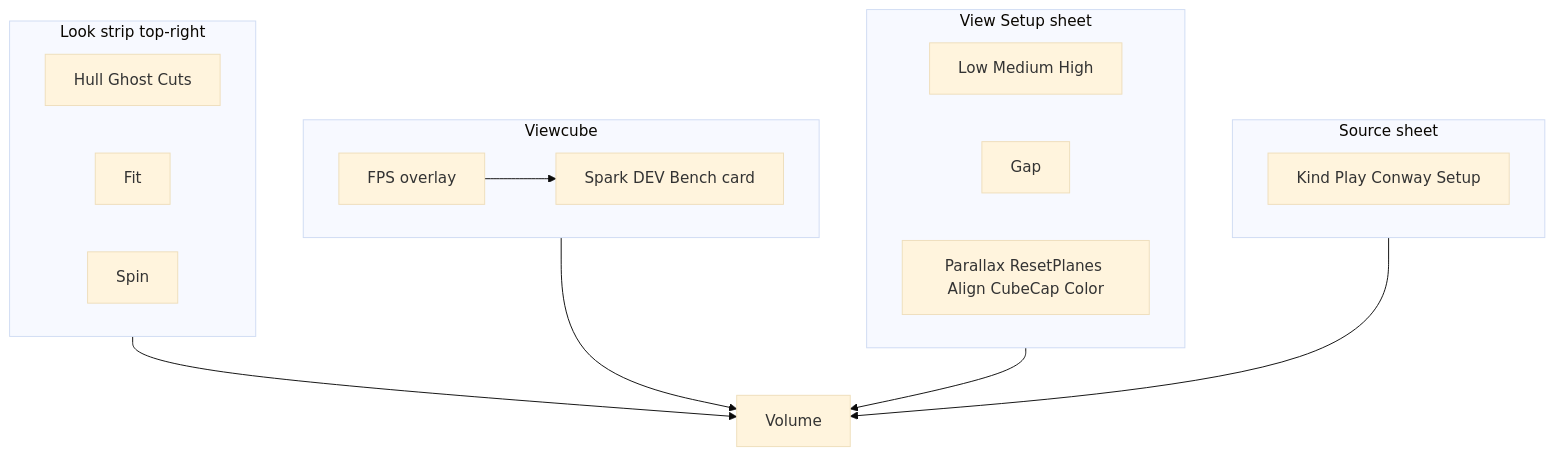
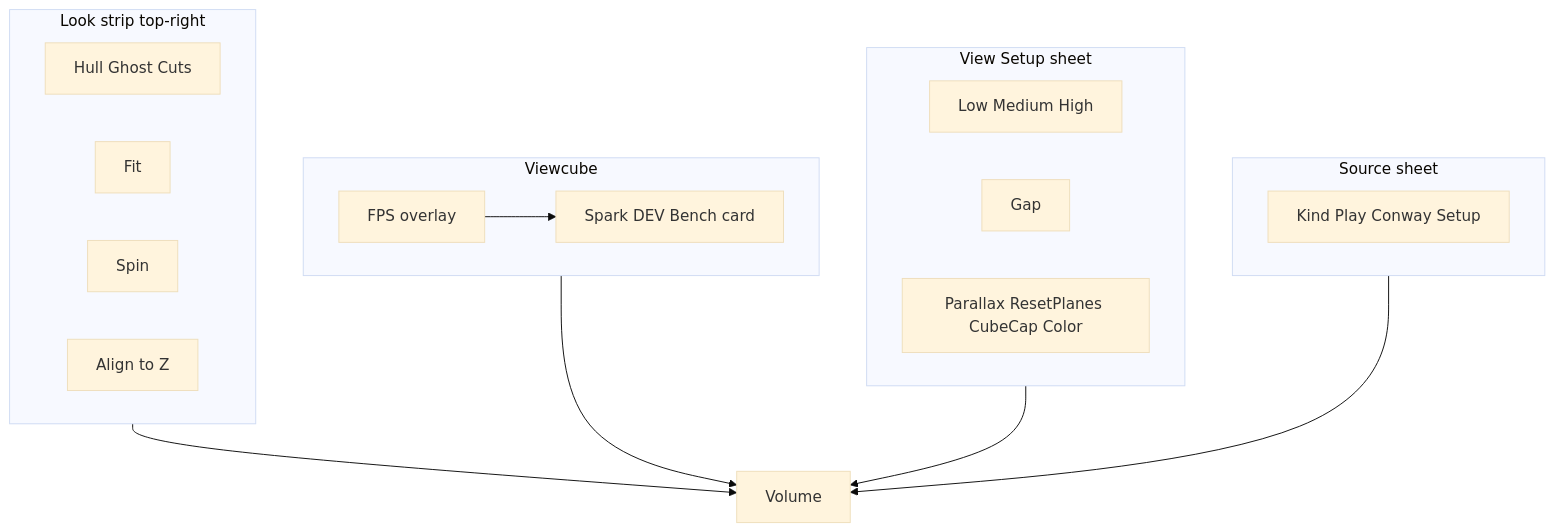
Before and after one commit to PiMaV/DONNER: the first of 25 diagrams in docs/gui.md, drawn with Mermaid (base theme). The commit also changed other lines of this file and 31 other files, not shown here.

````diff
--- a/docs/gui.md
+++ b/docs/gui.md
@@ -21,25 +21,26 @@
 ```mermaid
 flowchart TB
   subgraph look [Look strip top-right]
     shade[Hull Ghost Cuts]
     fitBtn[Fit]
     spinBtn[Spin]
+    align[Align to Z]
   end
   subgraph cube [Viewcube]
     fpsChip[FPS overlay]
     fpsCard[Spark DEV Bench card]
     fpsChip --> fpsCard
   end
   subgraph setup [View Setup sheet]
     quality[Low Medium High]
     gap[Gap]
-    extras[Parallax ResetPlanes Align CubeCap Color]
+    extras[Parallax ResetPlanes CubeCap Color]
   end
   subgraph source [Source sheet]
     kind[Kind Play Conway Setup]
   end
   look --> volume[Volume]
   cube --> volume
   setup --> volume
   source --> volume
 ```
````
